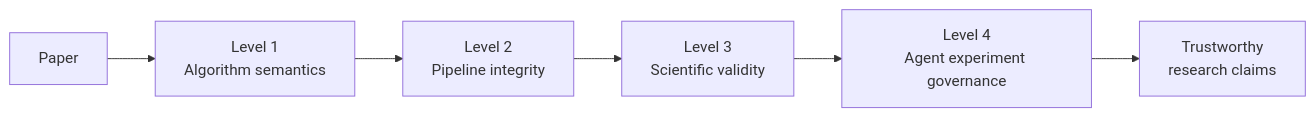
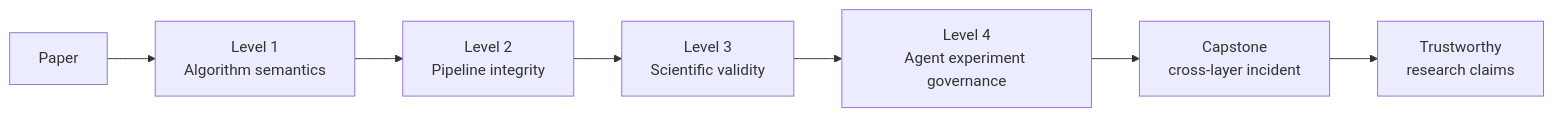
Before and after one commit to heisenberg0020/research-code-stewardship-lab: the first of 2 diagrams in README_EN.md, drawn with Mermaid. The commit also changed other lines of this file and 26 other files, not shown here.

````diff
--- a/README_EN.md
+++ b/README_EN.md
@@ -93,8 +98,9 @@
 ```mermaid
 flowchart LR
     P[Paper] --> L1[Level 1<br/>Algorithm semantics]
     L1 --> L2[Level 2<br/>Pipeline integrity]
     L2 --> L3[Level 3<br/>Scientific validity]
     L3 --> L4[Level 4<br/>Agent experiment governance]
-    L4 --> T[Trustworthy<br/>research claims]
+    L4 --> C[Capstone<br/>cross-layer incident]
+    C --> T[Trustworthy<br/>research claims]
 ```
````
